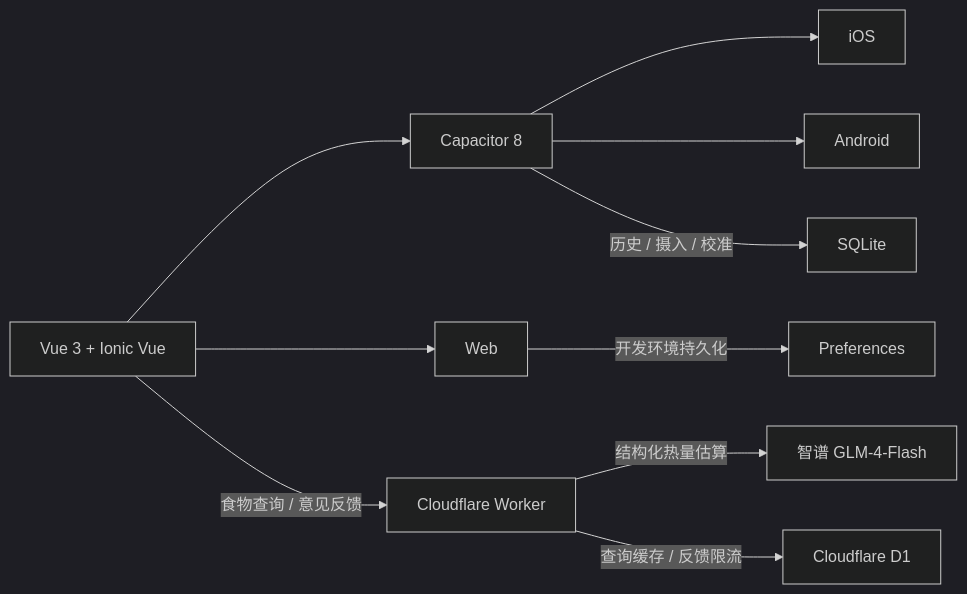
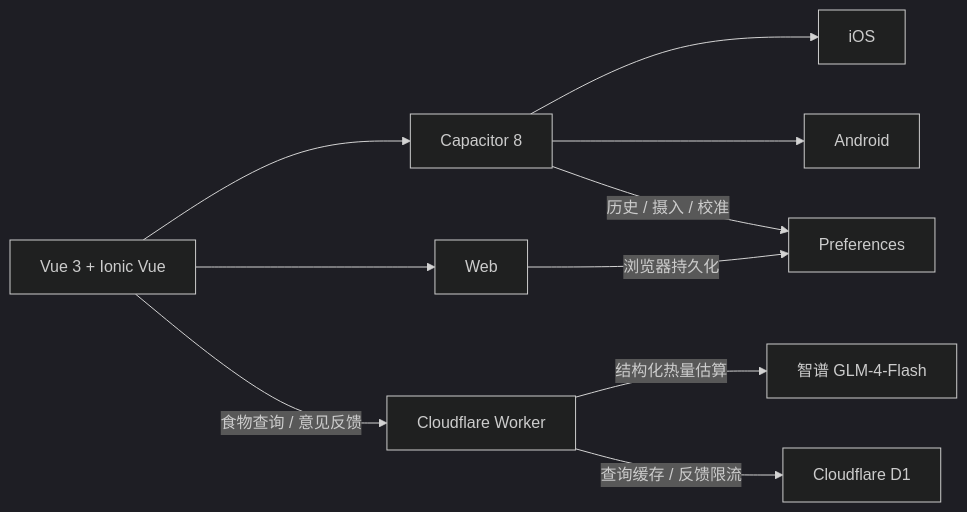
The diagram in README.md (Anuluca/calorie), drawn with Mermaid (dark theme) before and after one commit. The commit also changed other lines of this file and 41 other files, not shown here.

````diff
--- a/README.md
+++ b/README.md
@@ -66,12 +66,12 @@
 ```mermaid
 flowchart LR
     A[Vue 3 + Ionic Vue] --> B[Capacitor 8]
     B --> C[iOS]
     B --> D[Android]
     A --> E[Web]
     A -->|食物查询 / 意见反馈| F[Cloudflare Worker]
     F -->|结构化热量估算| G[智谱 GLM-4-Flash]
     F -->|查询缓存 / 反馈限流| H[Cloudflare D1]
-    B -->|历史 / 摄入 / 校准| I[SQLite]
-    E -->|开发环境持久化| J[Preferences]
+    B -->|历史 / 摄入 / 校准| I[Preferences]
+    E -->|浏览器持久化| I
 ```
````
